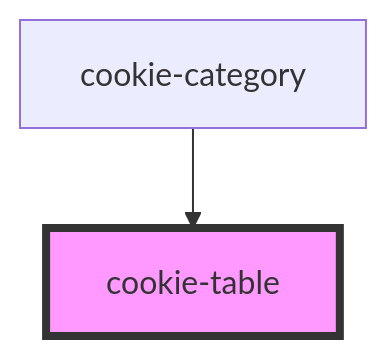
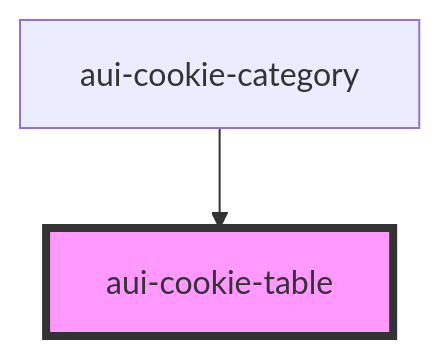
The diagram in src/components/cookie-consent/cookie-table/readme.md (digipolisantwerp/antwerp-ui_web-components), drawn with Mermaid before and after one commit. The commit also changed other lines of this file and 7 other files, not shown here.

````diff
--- a/src/components/cookie-consent/cookie-table/readme.md
+++ b/src/components/cookie-consent/cookie-table/readme.md
@@ -22,5 +22,5 @@
 ```mermaid
 graph TD;
-  cookie-category --> cookie-table
-  style cookie-table fill:#f9f,stroke:#333,stroke-width:4px
+  aui-cookie-category --> aui-cookie-table
+  style aui-cookie-table fill:#f9f,stroke:#333,stroke-width:4px
 ```
````
